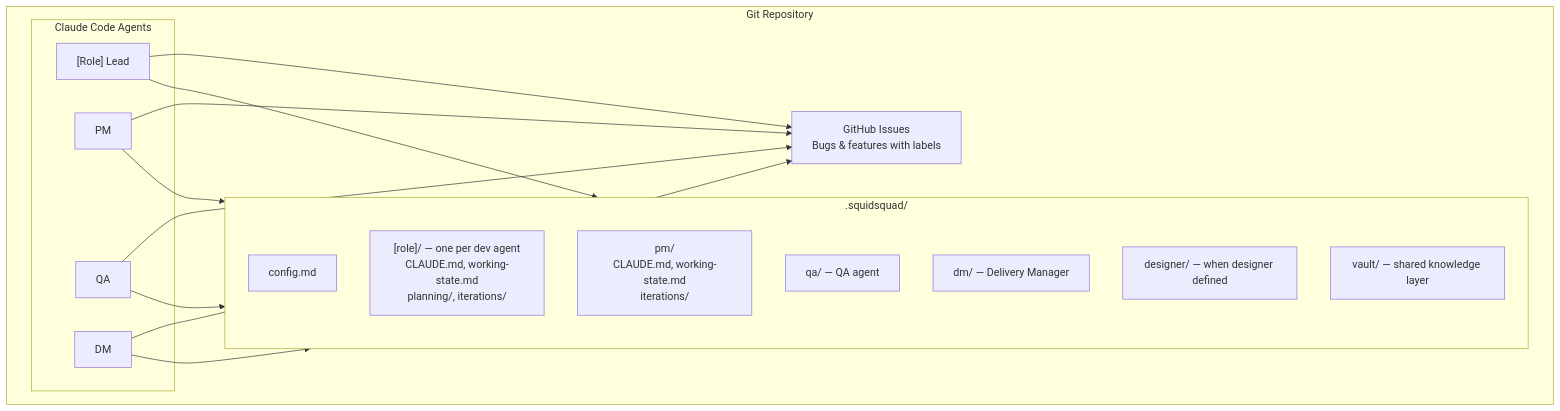
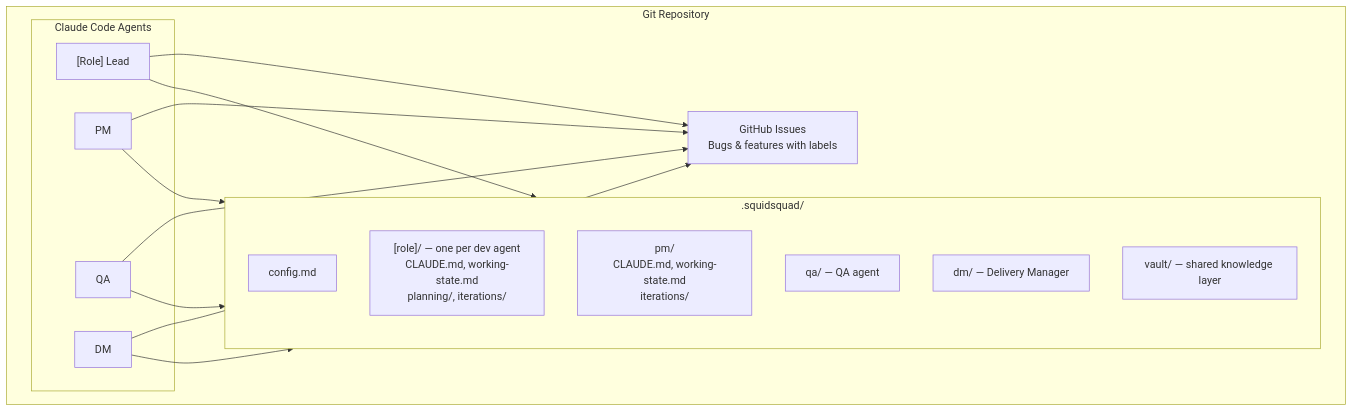
One commit to WallyDoodlez/SquidSquad changed the diagram in SKILL.md. Above: the diagram before and after it, drawn with Mermaid. The commit also changed other lines of this file and 1 other file, not shown here.

````diff
--- a/SKILL.md
+++ b/SKILL.md
@@ -18,32 +18,31 @@
 ```mermaid
 graph TD
     subgraph repo["Git Repository"]
         subgraph agents["Claude Code Agents"]
             RL["[Role] Lead"]
             QA["QA"]
             PM["PM"]
             DM["DM"]
         end
 
         subgraph squid[".squidsquad/"]
             config["config.md"]
             role_dir["[role]/ — one per dev agent\nCLAUDE.md, working-state.md\nplanning/, iterations/"]
             pm_dir["pm/\nCLAUDE.md, working-state.md\niterations/"]
             qa_dir["qa/ — QA agent"]
             dm_dir["dm/ — Delivery Manager"]
-            designer_dir["designer/ — when designer defined"]
             vault["vault/ — shared knowledge layer"]
         end
 
         GH["GitHub Issues\nBugs & features with labels"]
     end
 
     RL --> squid
     QA --> squid
     PM --> squid
     DM --> squid
     RL --> GH
     PM --> GH
     QA --> GH
     DM --> GH
 ```
````
